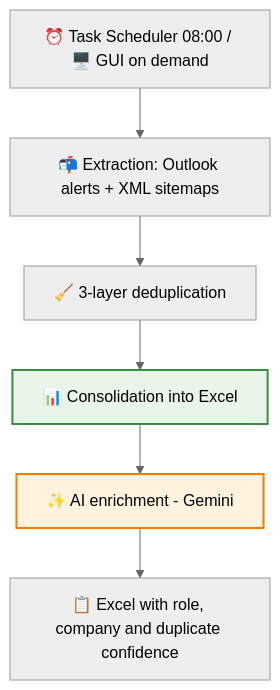
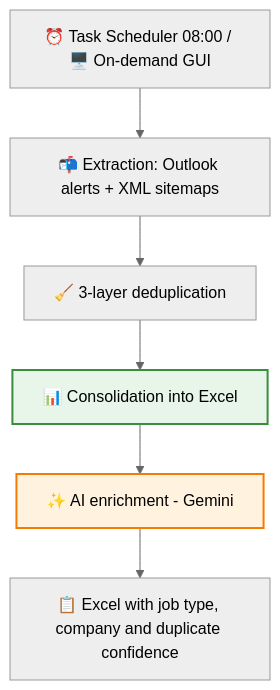
The first of 2 diagrams in README.md (ivanher97/Offer_Subscriber_Auto_CTIngenieros), drawn with Mermaid (neutral theme) before and after one commit. The commit also changed other lines of this file, not shown here.

````diff
--- a/README.md
+++ b/README.md
@@ -28,11 +28,11 @@
 ```mermaid
 flowchart TD
-    A[⏰ Task Scheduler 08:00 / 🖥️ GUI on demand] --> B[📬 Extraction: Outlook alerts + XML sitemaps]
+    A[⏰ Task Scheduler 08:00 / 🖥️ On-demand GUI] --> B[📬 Extraction: Outlook alerts + XML sitemaps]
     B --> C[🧹 3-layer deduplication]
     C --> D[📊 Consolidation into Excel]
     D --> E[✨ AI enrichment - Gemini]
-    E --> F[📋 Excel with role, company and duplicate confidence]
+    E --> F[📋 Excel with job type, company and duplicate confidence]
 
     style D fill:#e8f5e9,stroke:#388e3c,stroke-width:2px
     style E fill:#fff3e0,stroke:#f57c00,stroke-width:2px
 ```
````
